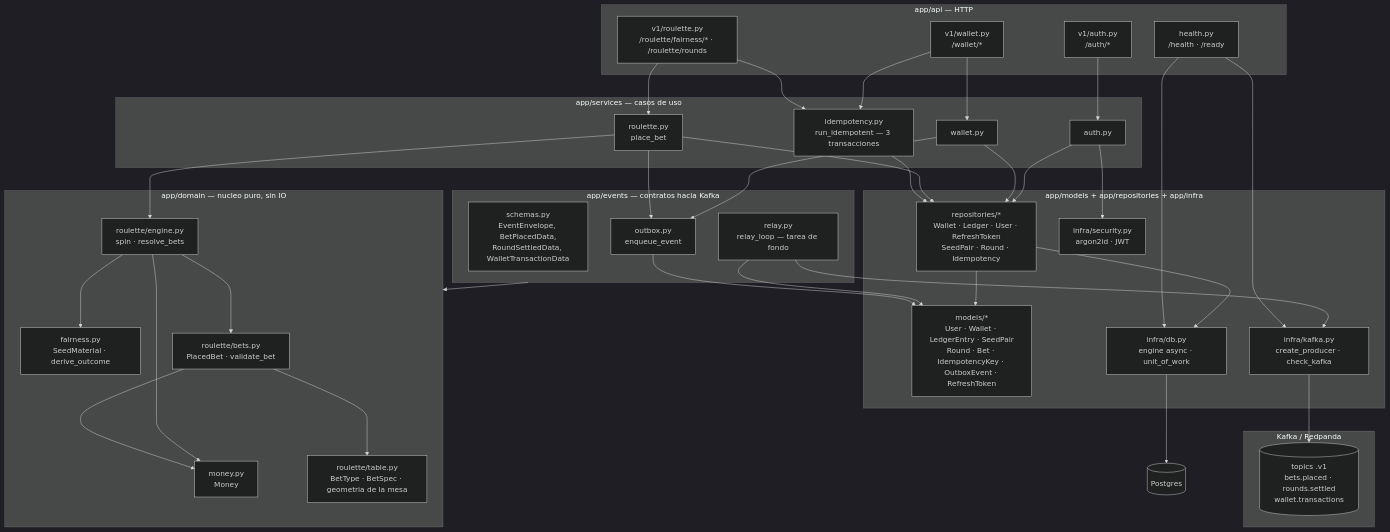
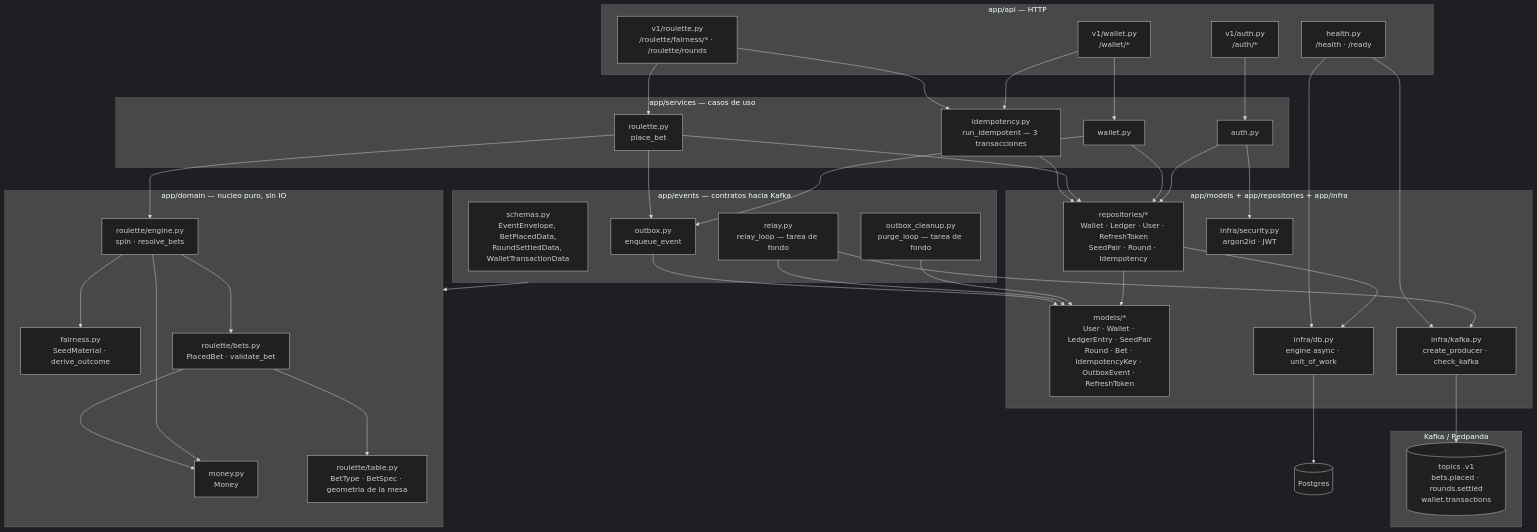
The first of 7 diagrams in README.md (alexander-tinoco/theclub-api), drawn with Mermaid (dark theme) before and after one commit. The commit also changed other lines of this file and 8 other files, not shown here.

````diff
--- a/README.md
+++ b/README.md
@@ -94,75 +94,77 @@
 ```mermaid
 flowchart TB
     subgraph API["app/api — HTTP"]
         health["health.py<br/>/health · /ready"]
         authapi["v1/auth.py<br/>/auth/*"]
         rouletteapi["v1/roulette.py<br/>/roulette/fairness/* · /roulette/rounds"]
         walletapi["v1/wallet.py<br/>/wallet/*"]
     end
 
     subgraph SERVICES["app/services — casos de uso"]
         authsvc["auth.py"]
         roulettesvc["roulette.py<br/>place_bet"]
         walletsvc["wallet.py"]
         idempotencysvc["idempotency.py<br/>run_idempotent — 3 transacciones"]
     end
 
     subgraph EVENTS["app/events — contratos hacia Kafka"]
         schemas["schemas.py<br/>EventEnvelope, BetPlacedData,<br/>RoundSettledData, WalletTransactionData"]
         outbox["outbox.py<br/>enqueue_event"]
         relay["relay.py<br/>relay_loop — tarea de fondo"]
+        cleanup["outbox_cleanup.py<br/>purge_loop — tarea de fondo"]
     end
 
     subgraph DOMAIN["app/domain — nucleo puro, sin IO"]
         money["money.py<br/>Money"]
         fairness["fairness.py<br/>SeedMaterial · derive_outcome"]
         table["roulette/table.py<br/>BetType · BetSpec · geometria de la mesa"]
         bets["roulette/bets.py<br/>PlacedBet · validate_bet"]
         engine["roulette/engine.py<br/>spin · resolve_bets"]
     end
 
     subgraph PERSISTENCE["app/models + app/repositories + app/infra"]
         models["models/*<br/>User · Wallet · LedgerEntry · SeedPair<br/>Round · Bet · IdempotencyKey · OutboxEvent · RefreshToken"]
         repos["repositories/*<br/>Wallet · Ledger · User · RefreshToken<br/>SeedPair · Round · Idempotency"]
         db_infra["infra/db.py<br/>engine async · unit_of_work"]
         security["infra/security.py<br/>argon2id · JWT"]
         kafka_infra["infra/kafka.py<br/>create_producer · check_kafka"]
     end
 
     subgraph KAFKA["Kafka / Redpanda"]
         kafka[("topics .v1<br/>bets.placed · rounds.settled<br/>wallet.transactions")]
     end
 
     postgres[("Postgres")]
 
     EVENTS --> DOMAIN
     authapi --> authsvc
     rouletteapi --> idempotencysvc
     rouletteapi --> roulettesvc
     walletapi --> idempotencysvc
     walletapi --> walletsvc
     idempotencysvc --> repos
     roulettesvc --> engine
     roulettesvc --> repos
     roulettesvc --> outbox
     walletsvc --> repos
     walletsvc --> outbox
     authsvc --> repos
     authsvc --> security
     health --> db_infra
     health --> kafka_infra
     outbox --> models
     relay --> models
     relay --> kafka_infra
+    cleanup --> models
     kafka_infra --> kafka
 
     repos --> models
     repos --> db_infra
     db_infra --> postgres
 
     bets --> table
     bets --> money
     engine --> bets
     engine --> fairness
     engine --> money
 ```
````
